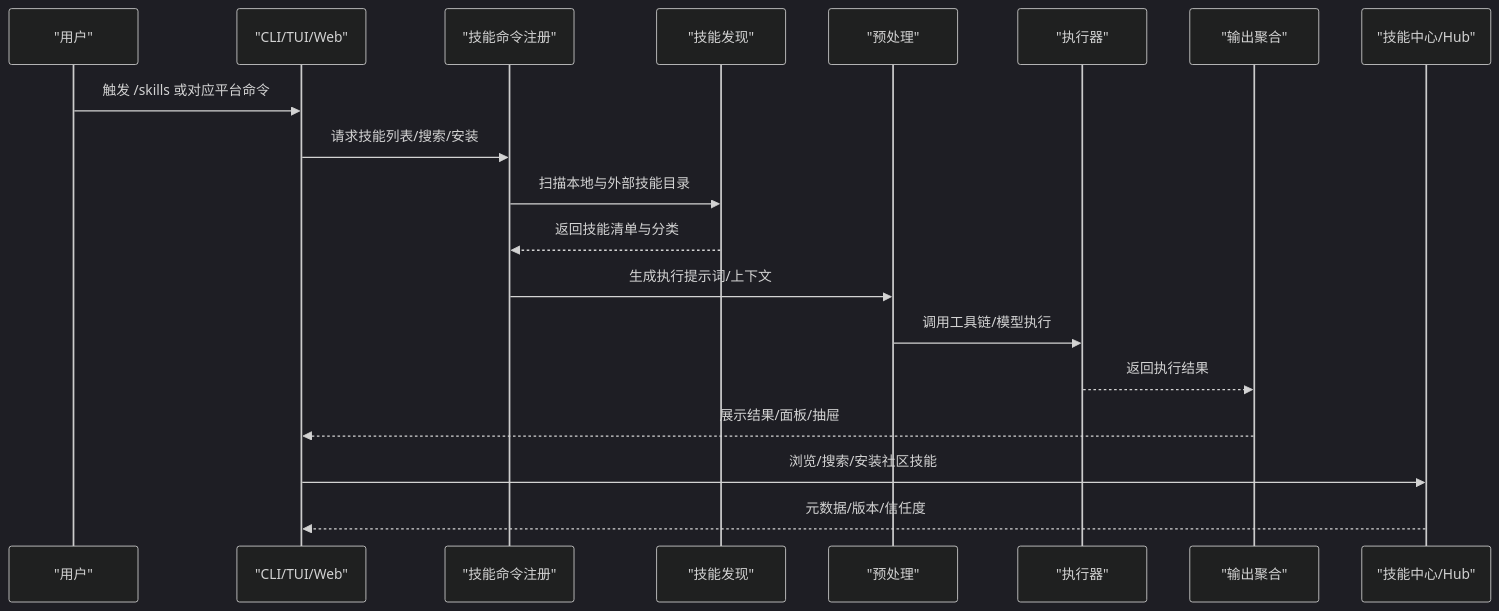
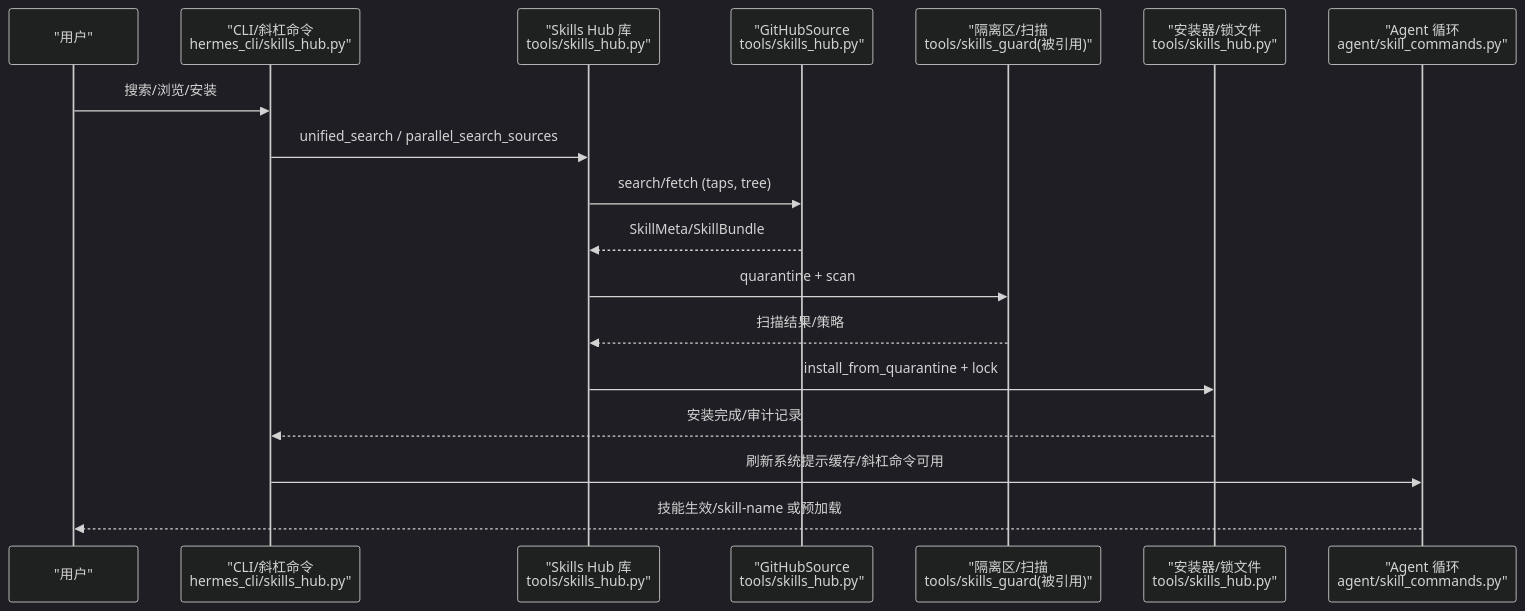
The second of 7 diagrams in .qoder/repowiki/zh/content/技能系统/技能系统.md (haolange/hermes-agent), drawn with Mermaid (dark theme) before and after one commit. The commit also changed other lines of this file and 1206 other files, not shown here.

````diff
--- a/.qoder/repowiki/zh/content/技能系统/技能系统.md
+++ b/.qoder/repowiki/zh/content/技能系统/技能系统.md
@@ -130,21 +101,20 @@
 ```mermaid
 sequenceDiagram
-participant User as "用户"
-participant CLI as "CLI/TUI/Web"
-participant Cmd as "技能命令注册"
-participant Disc as "技能发现"
-participant Pre as "预处理"
-participant Exec as "执行器"
-participant Out as "输出聚合"
-participant Hub as "技能中心/Hub"
-User->>CLI : 触发 /skills 或对应平台命令
-CLI->>Cmd : 请求技能列表/搜索/安装
-Cmd->>Disc : 扫描本地与外部技能目录
-Disc-->>Cmd : 返回技能清单与分类
-Cmd->>Pre : 生成执行提示词/上下文
-Pre->>Exec : 调用工具链/模型执行
-Exec-->>Out : 返回执行结果
-Out-->>CLI : 展示结果/面板/抽屉
-CLI->>Hub : 浏览/搜索/安装社区技能
-Hub-->>CLI : 元数据/版本/信任度
+participant U as "用户"
+participant C as "CLI/斜杠命令<br/>hermes_cli/skills_hub.py"
+participant S as "Skills Hub 库<br/>tools/skills_hub.py"
+participant G as "GitHubSource<br/>tools/skills_hub.py"
+participant Q as "隔离区/扫描<br/>tools/skills_guard(被引用)"
+participant I as "安装器/锁文件<br/>tools/skills_hub.py"
+participant A as "Agent 循环<br/>agent/skill_commands.py"
+U->>C : 搜索/浏览/安装
+C->>S : unified_search / parallel_search_sources
+S->>G : search/fetch (taps, tree)
+G-->>S : SkillMeta/SkillBundle
+S->>Q : quarantine + scan
+Q-->>S : 扫描结果/策略
+S->>I : install_from_quarantine + lock
+I-->>C : 安装完成/审计记录
+C->>A : 刷新系统提示缓存/斜杠命令可用
+A-->>U : 技能生效/skill-name 或预加载
 ```
````
